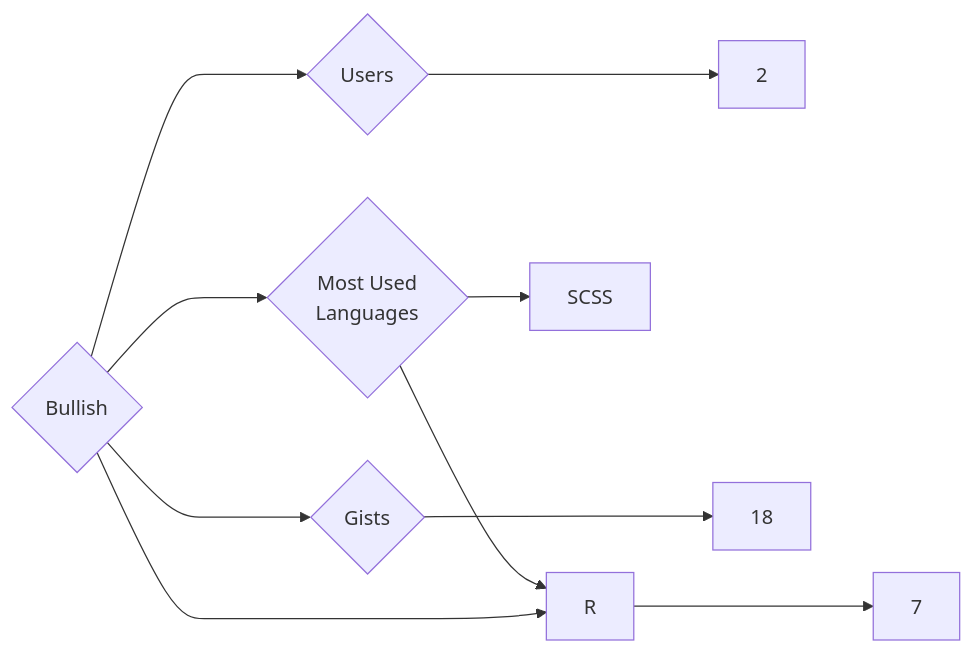
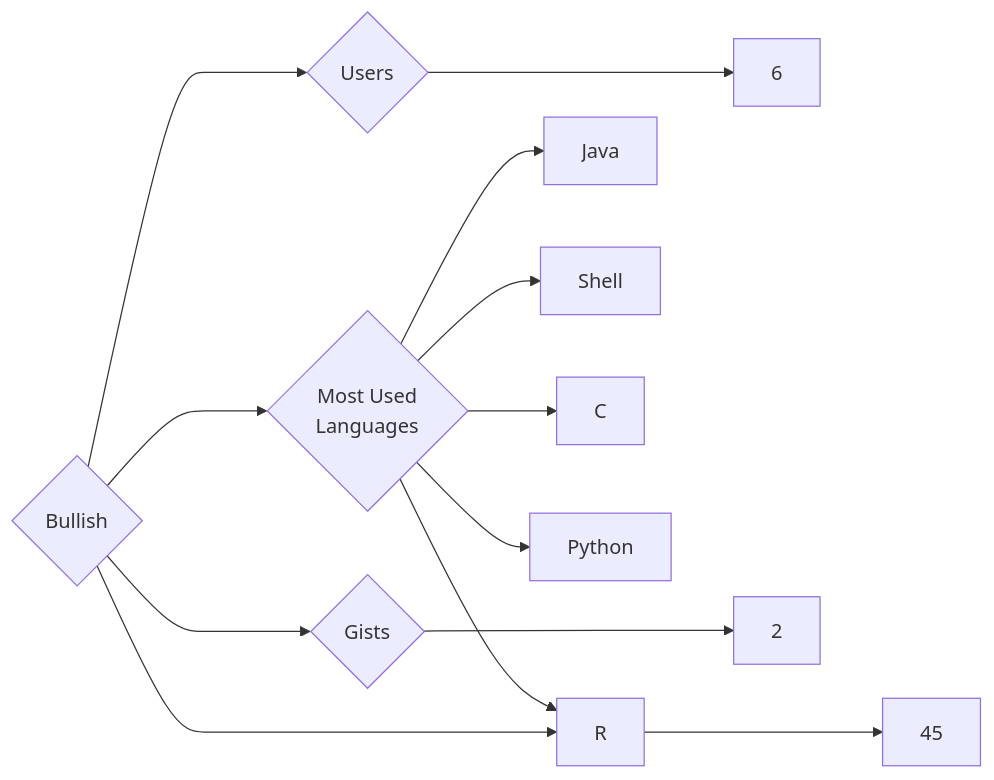
Before and after one commit to trickest/insiders: the diagram in targets/Bullish/README.md, drawn with Mermaid. The commit also changed 1036 other files, not shown here.

````diff
--- a/targets/Bullish/README.md
+++ b/targets/Bullish/README.md
@@ -3,10 +3,13 @@
 ```mermaid
 graph LR
 COMPANY_NAME{Bullish}
-COMPANY_NAME ---> U{Users} ---> UN[2]
-COMPANY_NAME ---> R{Repositories} ---> RN[7]
-COMPANY_NAME ---> G{Gists} ---> GN[18]
+COMPANY_NAME ---> U{Users} ---> UN[6]
+COMPANY_NAME ---> R{Repositories} ---> RN[45]
+COMPANY_NAME ---> G{Gists} ---> GN[2]
 COMPANY_NAME ---> ML{Most Used<br>Languages}
-ML --> SCSS[SCSS]
+ML --> Java[Java]
+ML --> Shell[Shell]
+ML --> C[C]
 ML --> R[R]
+ML --> Python[Python]
 ```
````
